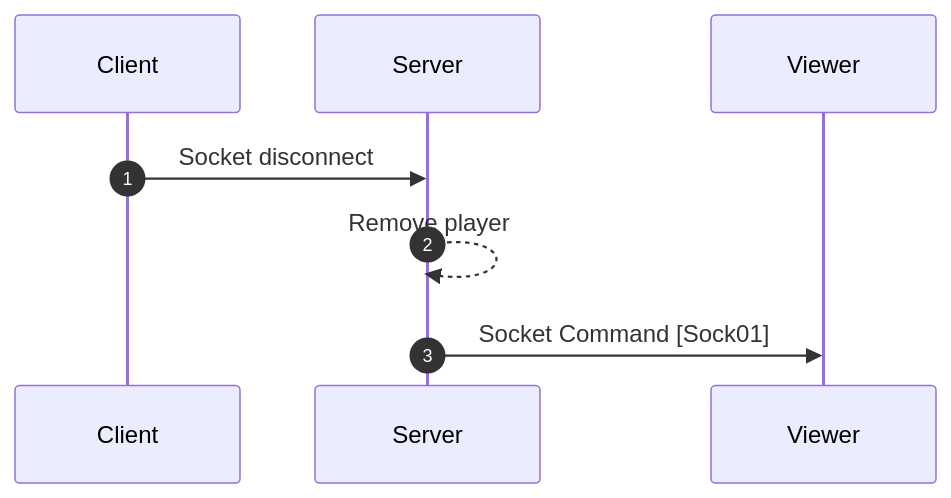
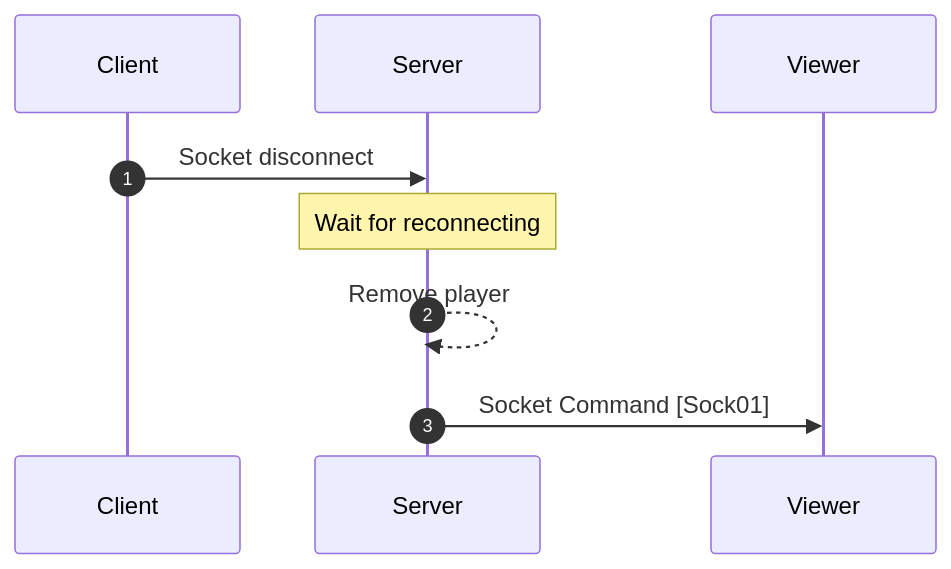
One commit to the-ai-team/razor changed the diagram in docs/communication/protocol/clear-player.md. Above: the diagram before and after it, drawn with Mermaid.

Commit message:
docs(protocols): update docs
add waiting before remove player

````diff
--- a/docs/communication/protocol/clear-player.md
+++ b/docs/communication/protocol/clear-player.md
@@ -5,11 +5,14 @@
 ```mermaid
 sequenceDiagram
     autonumber
     participant C as Client
     participant S as Server
     participant V as Viewer
 
     C->>S: Socket disconnect
+
+    Note over S: Wait for reconnecting
+
     S-->>S: Remove player
     S->>V: Socket Command [Sock01]
 ```
````
